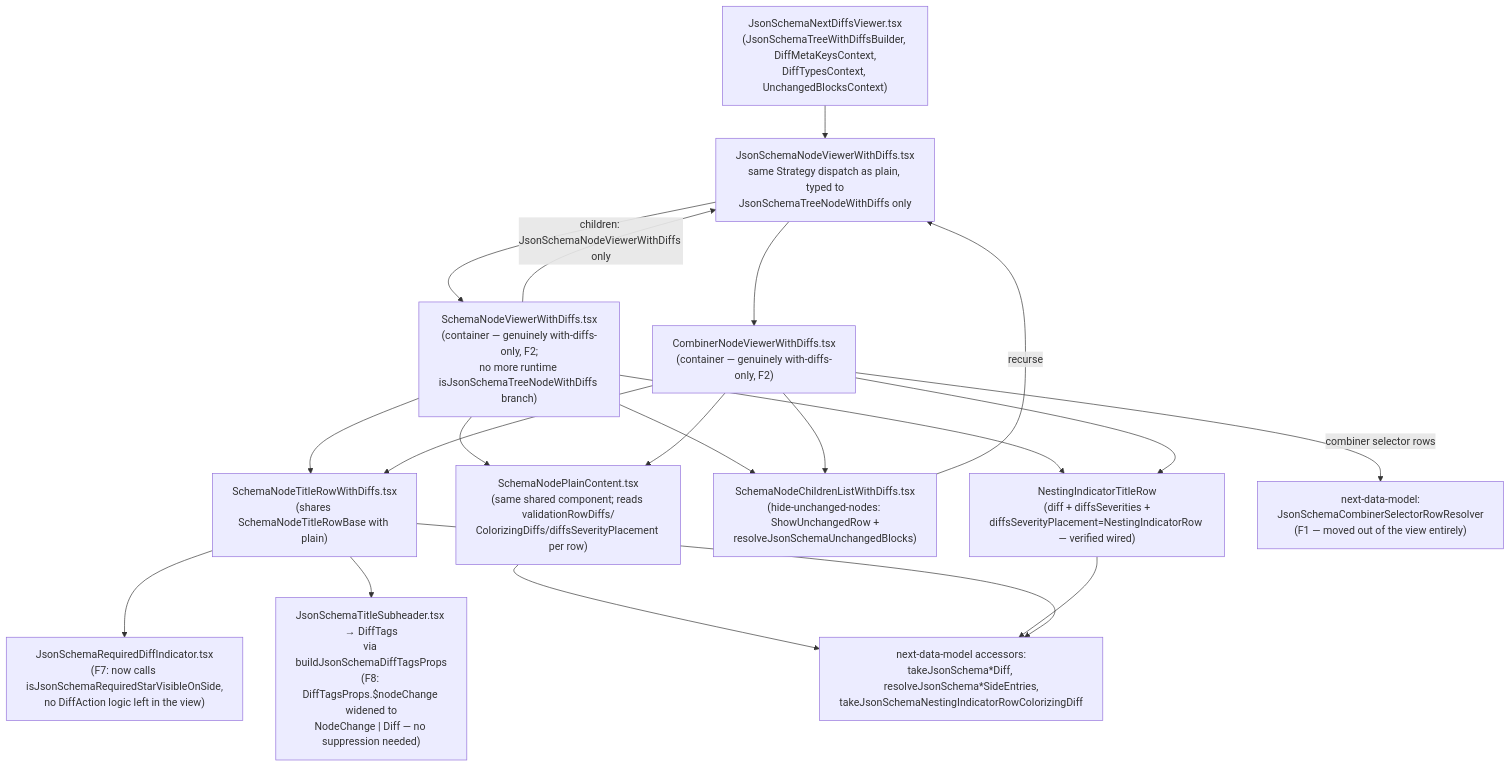
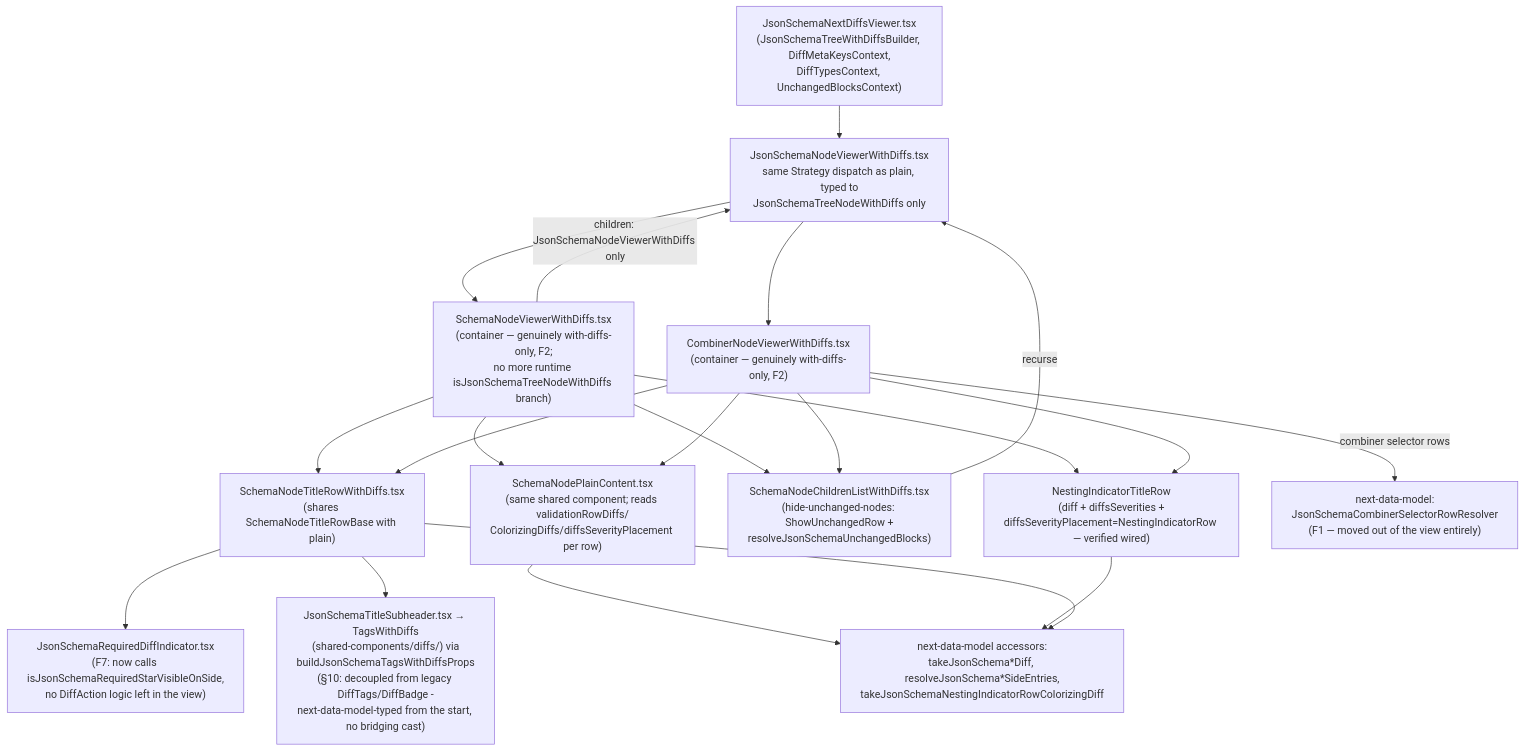
Before and after one commit to Netcracker/qubership-apihub-api-doc-viewer: the fourth of 4 diagrams in json-schema-review-report.md, drawn with Mermaid. The commit also changed other lines of this file and 7 other files, not shown here.

Commit message:
refactor!: Left legacy `DiffTags` for legacy, created next `TagsWithDiffs`

````diff
--- a/json-schema-review-report.md
+++ b/json-schema-review-report.md
@@ -238,35 +243,35 @@
 ```mermaid
 flowchart TB
   RootD["JsonSchemaNextDiffsViewer.tsx\n(JsonSchemaTreeWithDiffsBuilder, DiffMetaKeysContext,\nDiffTypesContext, UnchangedBlocksContext)"]
   NodeDispatchD["JsonSchemaNodeViewerWithDiffs.tsx\nsame Strategy dispatch as plain, typed to\nJsonSchemaTreeNodeWithDiffs only"]
   SchemaNodeD["SchemaNodeViewerWithDiffs.tsx\n(container — genuinely with-diffs-only, F2;\nno more runtime isJsonSchemaTreeNodeWithDiffs branch)"]
   CombinerNodeD["CombinerNodeViewerWithDiffs.tsx\n(container — genuinely with-diffs-only, F2)"]
   TitleRowD["SchemaNodeTitleRowWithDiffs.tsx\n(shares SchemaNodeTitleRowBase with plain)"]
   PlainContentD["SchemaNodePlainContent.tsx\n(same shared component; reads validationRowDiffs/\nColorizingDiffs/diffsSeverityPlacement per row)"]
   ChildrenList["SchemaNodeChildrenListWithDiffs.tsx\n(hide-unchanged-nodes: ShowUnchangedRow +\nresolveJsonSchemaUnchangedBlocks)"]
   NestingRow["NestingIndicatorTitleRow\n(diff + diffsSeverities +\ndiffsSeverityPlacement=NestingIndicatorRow — verified wired)"]
   RequiredIndicator["JsonSchemaRequiredDiffIndicator.tsx\n(F7: now calls isJsonSchemaRequiredStarVisibleOnSide,\nno DiffAction logic left in the view)"]
-  DiffTags["JsonSchemaTitleSubheader.tsx → DiffTags\nvia buildJsonSchemaDiffTagsProps\n(F8: DiffTagsProps.$nodeChange widened to\nNodeChange | Diff — no suppression needed)"]
+  DiffTags["JsonSchemaTitleSubheader.tsx → TagsWithDiffs\n(shared-components/diffs/) via\nbuildJsonSchemaTagsWithDiffsProps\n(§10: decoupled from legacy DiffTags/DiffBadge -\nnext-data-model-typed from the start, no bridging cast)"]
   CombinerRowResolver["next-data-model:\nJsonSchemaCombinerSelectorRowResolver\n(F1 — moved out of the view entirely)"]
   NDMDiffs["next-data-model accessors:\ntakeJsonSchema*Diff, resolveJsonSchema*SideEntries,\ntakeJsonSchemaNestingIndicatorRowColorizingDiff"]
 
   RootD --> NodeDispatchD
   NodeDispatchD --> SchemaNodeD
   NodeDispatchD --> CombinerNodeD
   SchemaNodeD --> TitleRowD
   SchemaNodeD --> PlainContentD
   SchemaNodeD --> NestingRow
   SchemaNodeD --> ChildrenList
   SchemaNodeD -->|children: JsonSchemaNodeViewerWithDiffs only| NodeDispatchD
   CombinerNodeD --> TitleRowD
   CombinerNodeD --> PlainContentD
   CombinerNodeD --> NestingRow
   CombinerNodeD --> ChildrenList
   CombinerNodeD -->|combiner selector rows| CombinerRowResolver
   TitleRowD --> RequiredIndicator
   TitleRowD --> DiffTags
   PlainContentD --> NDMDiffs
   NestingRow --> NDMDiffs
   TitleRowD --> NDMDiffs
   ChildrenList -->|recurse| NodeDispatchD
 ```
````
